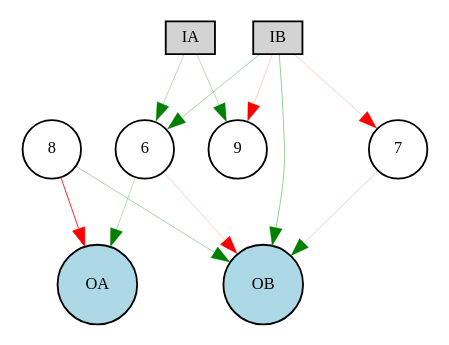
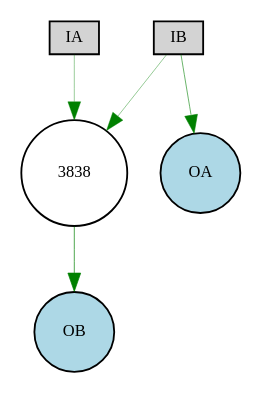
The diagram in source/discrete_experiment/Digraph.gv (danxan/neuromorphic-evolution), drawn with Graphviz before and after one commit. The commit also changed 7 other files, not shown here.

```diff
--- a/source/discrete_experiment/Digraph.gv
+++ b/source/discrete_experiment/Digraph.gv
@@ -1,21 +1,12 @@
 digraph {
 	node [fontsize=9 height=0.2 shape=circle width=0.2]
 	IA [fillcolor=lightgray shape=box style=filled]
 	IB [fillcolor=lightgray shape=box style=filled]
 	OA [fillcolor=lightblue style=filled]
 	OB [fillcolor=lightblue style=filled]
-	6 [fillcolor=white style=filled]
-	7 [fillcolor=white style=filled]
-	8 [fillcolor=white style=filled]
-	7 -> OB [color=green penwidth=0.12766051425023556 style=solid]
-	IA -> 9 [color=green penwidth=0.15603402456105123 style=solid]
-	8 -> OA [color=red penwidth=0.4704966163567613 style=solid]
-	6 -> OA [color=green penwidth=0.1525082975871173 style=solid]
-	8 -> OB [color=green penwidth=0.19078110249920147 style=solid]
-	IB -> 7 [color=red penwidth=0.12474553793518578 style=solid]
-	6 -> OB [color=red penwidth=0.11533845903924868 style=solid]
-	IB -> OB [color=green penwidth=0.21617964112918586 style=solid]
-	IA -> 6 [color=green penwidth=0.16461180489466587 style=solid]
-	IB -> 9 [color=red penwidth=0.11401356794371949 style=solid]
-	IB -> 6 [color=green penwidth=0.18713691032184815 style=solid]
+	3838 [fillcolor=white style=filled]
+	3838 -> OB [color=green penwidth=0.3842946405272081 style=solid]
+	IB -> OA [color=green penwidth=0.3180915451684089 style=solid]
+	IB -> 3838 [color=green penwidth=0.22628550197955635 style=solid]
+	IA -> 3838 [color=green penwidth=0.2150034443401747 style=solid]
 }
```
